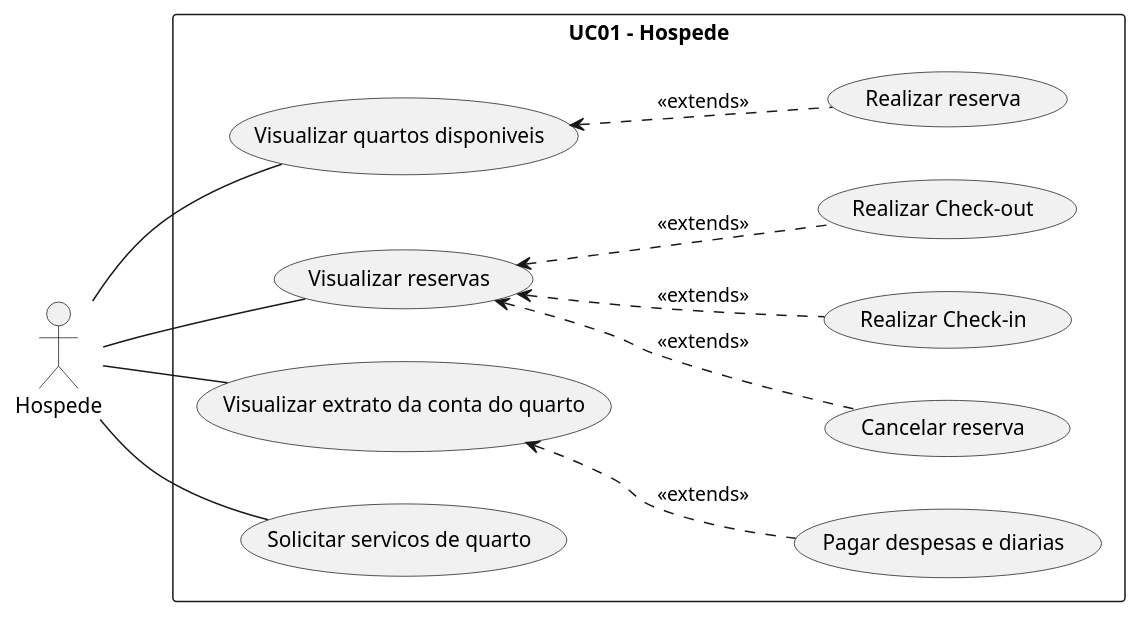
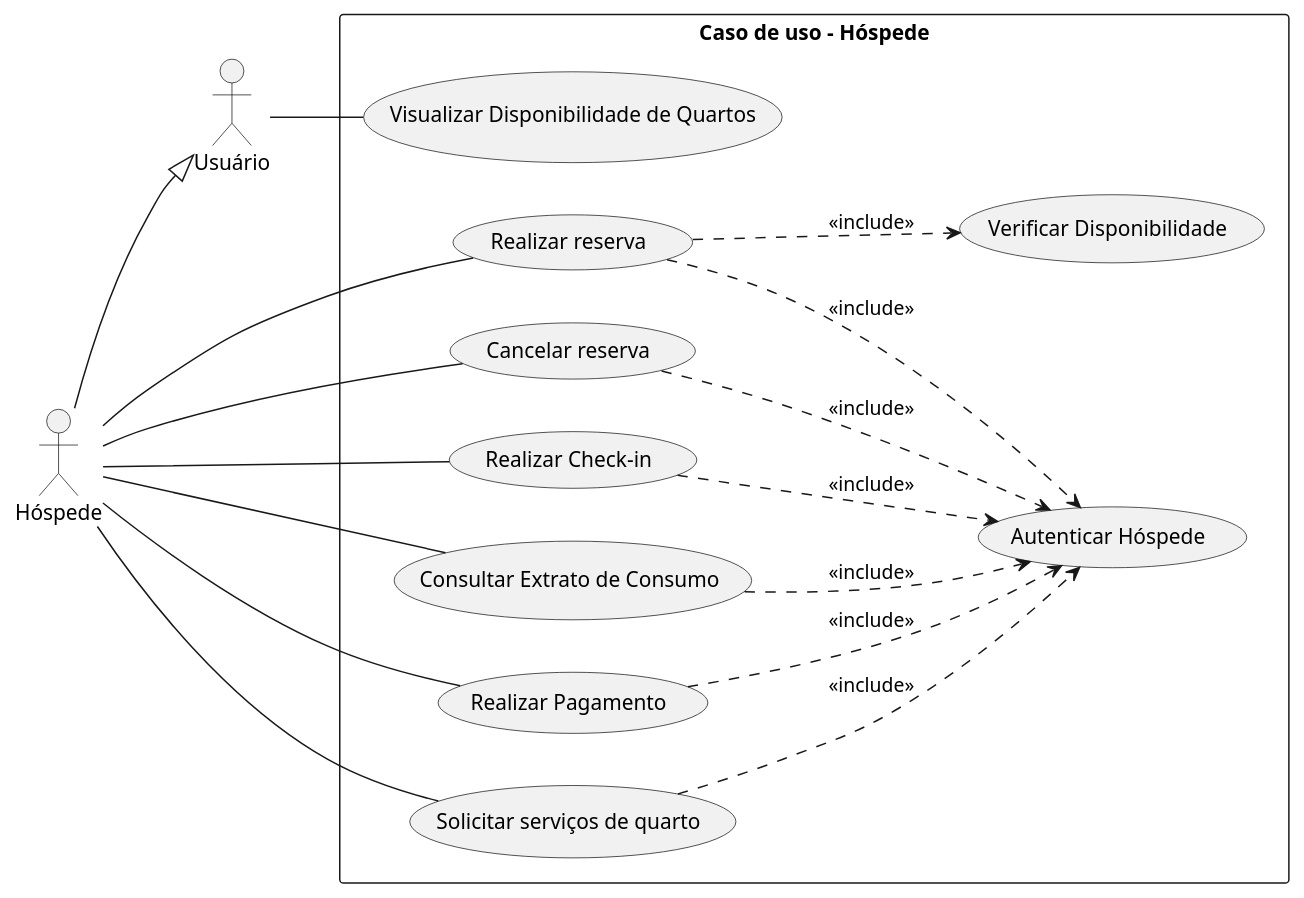
The diagram in diagramas/UC1_hospede.iuml (gusjjpv/serro-hotelaria), drawn with PlantUML before and after one commit. The commit also changed 1 other file, not shown here.

Commit message:
Caso de Uso Hospede

```diff
--- a/diagramas/UC1_hospede.iuml
+++ b/diagramas/UC1_hospede.iuml
@@ -1,31 +1,38 @@
 @startuml
 
 left to right direction
 
-actor "Hospede" as hospede
+actor "Usuário" as usuario
+actor "Hóspede" as hospede
 
-rectangle "UC01 - Hospede"{
-    usecase "Visualizar quartos disponiveis" as visualizar_quartos
-    usecase "Visualizar reservas" as visualizar_reservas
+rectangle "Caso de uso - Hóspede"{
+    usecase "Autenticar Hóspede" as autenticar_hospede
+    usecase "Visualizar Disponibilidade de Quartos" as visualizar_disponibilidade
+    usecase "Verificar Disponibilidade" as verificar_disponibilidade
     usecase "Realizar reserva" as realizar_reserva
     usecase "Cancelar reserva" as cancelar_reserva
     usecase "Realizar Check-in" as realizar_checkin
-    usecase "Realizar Check-out" as realizar_checkout
-    usecase "Visualizar extrato da conta do quarto" as visualizar_extrato
-    usecase "Pagar despesas e diarias" as pagar_despesas
-    usecase "Solicitar servicos de quarto" as solicitar_servicos
+    usecase "Consultar Extrato de Consumo" as consultar_extrato
+    usecase "Realizar Pagamento" as realizar_pagamento
+    usecase "Solicitar serviços de quarto" as solicitar_servicos
 }
 
-hospede -- visualizar_quartos
-visualizar_quartos <.. realizar_reserva: <<extends>>
-hospede -- visualizar_reservas
-visualizar_reservas <.. cancelar_reserva: <<extends>>
-visualizar_reservas <.. realizar_checkin: <<extends>>
-visualizar_reservas <.. realizar_checkout: <<extends>>
-
-hospede -- visualizar_extrato
-visualizar_extrato <.. pagar_despesas: <<extends>>
-
+usuario -- visualizar_disponibilidade
+hospede -- realizar_reserva
+realizar_reserva ..> verificar_disponibilidade : <<include>>
+hospede -- cancelar_reserva
+hospede -- realizar_checkin
+hospede -- consultar_extrato
+hospede -- realizar_pagamento
 hospede -- solicitar_servicos
 
+realizar_reserva ..> autenticar_hospede : <<include>>
+cancelar_reserva ..> autenticar_hospede : <<include>>
+realizar_checkin ..> autenticar_hospede : <<include>>
+consultar_extrato ..> autenticar_hospede : <<include>>
+realizar_pagamento ..> autenticar_hospede : <<include>>
+solicitar_servicos ..> autenticar_hospede : <<include>>
+
+usuario <|-up- hospede
+
 @enduml
```
